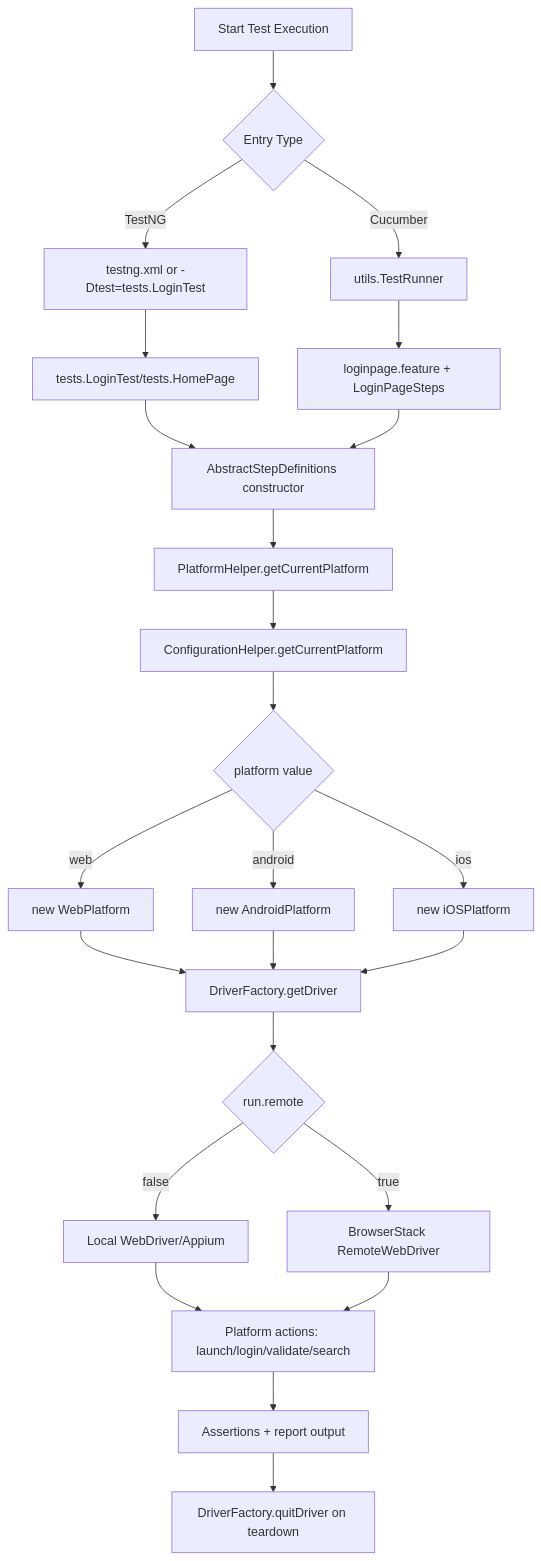
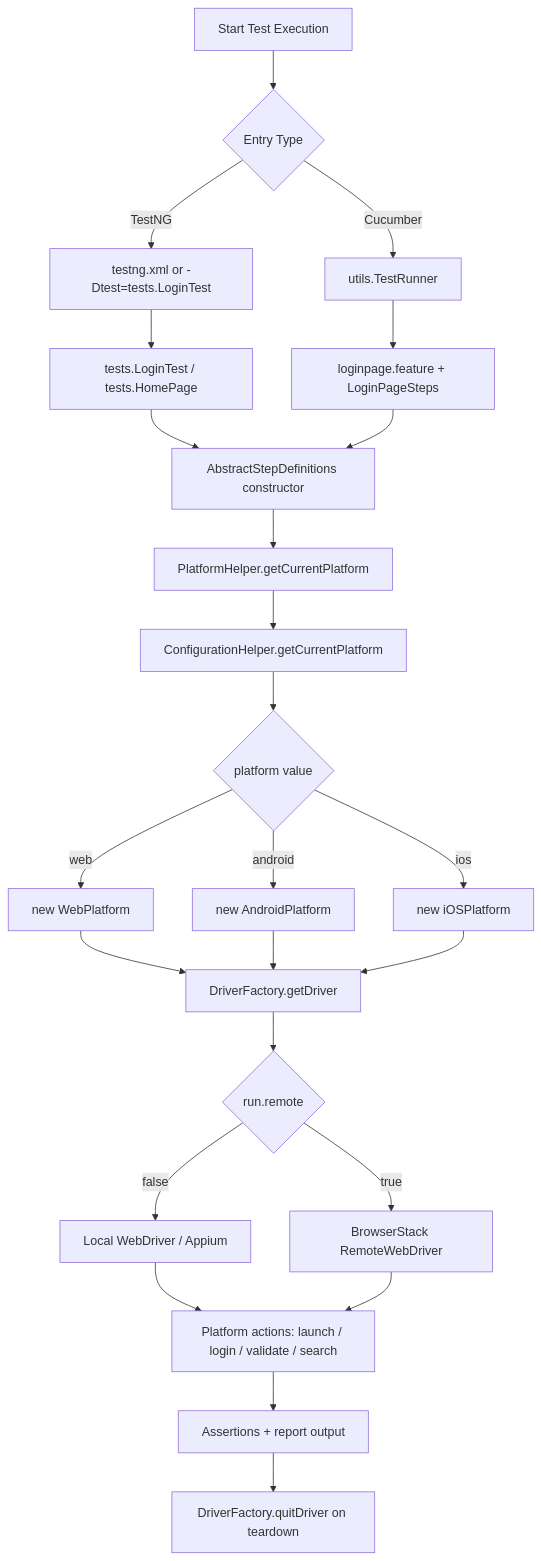
One commit to Vijay-Durairaj/SeleniumFramework changed the third of 4 diagrams in README.md. Above: the diagram before and after it, drawn with Mermaid. The commit also changed other lines of this file, not shown here.

Commit message:
fixed the issue in the readme file

````diff
--- a/README.md
+++ b/README.md
@@ -218,35 +218,35 @@
 ```mermaid
 flowchart TD
-    A[Start Test Execution] --> B{Entry Type}
+    A["Start Test Execution"] --> B{"Entry Type"}
 
-    B -->|TestNG| C[testng.xml or -Dtest=tests.LoginTest]
-    B -->|Cucumber| D[utils.TestRunner]
+    B -->|TestNG| C["testng.xml or -Dtest=tests.LoginTest"]
+    B -->|Cucumber| D["utils.TestRunner"]
 
-    C --> E[tests.LoginTest/tests.HomePage]
-    D --> F[loginpage.feature + LoginPageSteps]
+    C --> E["tests.LoginTest / tests.HomePage"]
+    D --> F["loginpage.feature + LoginPageSteps"]
 
-    E --> G[AbstractStepDefinitions constructor]
+    E --> G["AbstractStepDefinitions constructor"]
     F --> G
 
-    G --> H[PlatformHelper.getCurrentPlatform]
-    H --> I[ConfigurationHelper.getCurrentPlatform]
-    I --> J{platform value}
+    G --> H["PlatformHelper.getCurrentPlatform"]
+    H --> I["ConfigurationHelper.getCurrentPlatform"]
+    I --> J{"platform value"}
 
-    J -->|web| K[new WebPlatform]
-    J -->|android| L[new AndroidPlatform]
-    J -->|ios| M[new iOSPlatform]
+    J -->|web| K["new WebPlatform"]
+    J -->|android| L["new AndroidPlatform"]
+    J -->|ios| M["new iOSPlatform"]
 
-    K --> N[DriverFactory.getDriver]
+    K --> N["DriverFactory.getDriver"]
     L --> N
     M --> N
 
-    N --> O{run.remote}
-    O -->|false| P[Local WebDriver/Appium]
-    O -->|true| Q[BrowserStack RemoteWebDriver]
+    N --> O{"run.remote"}
+    O -->|false| P["Local WebDriver / Appium"]
+    O -->|true| Q["BrowserStack RemoteWebDriver"]
 
-    P --> R[Platform actions: launch/login/validate/search]
+    P --> R["Platform actions: launch / login / validate / search"]
     Q --> R
 
-    R --> S[Assertions + report output]
-    S --> T[DriverFactory.quitDriver on teardown]
+    R --> S["Assertions + report output"]
+    S --> T["DriverFactory.quitDriver on teardown"]
 ```
````
